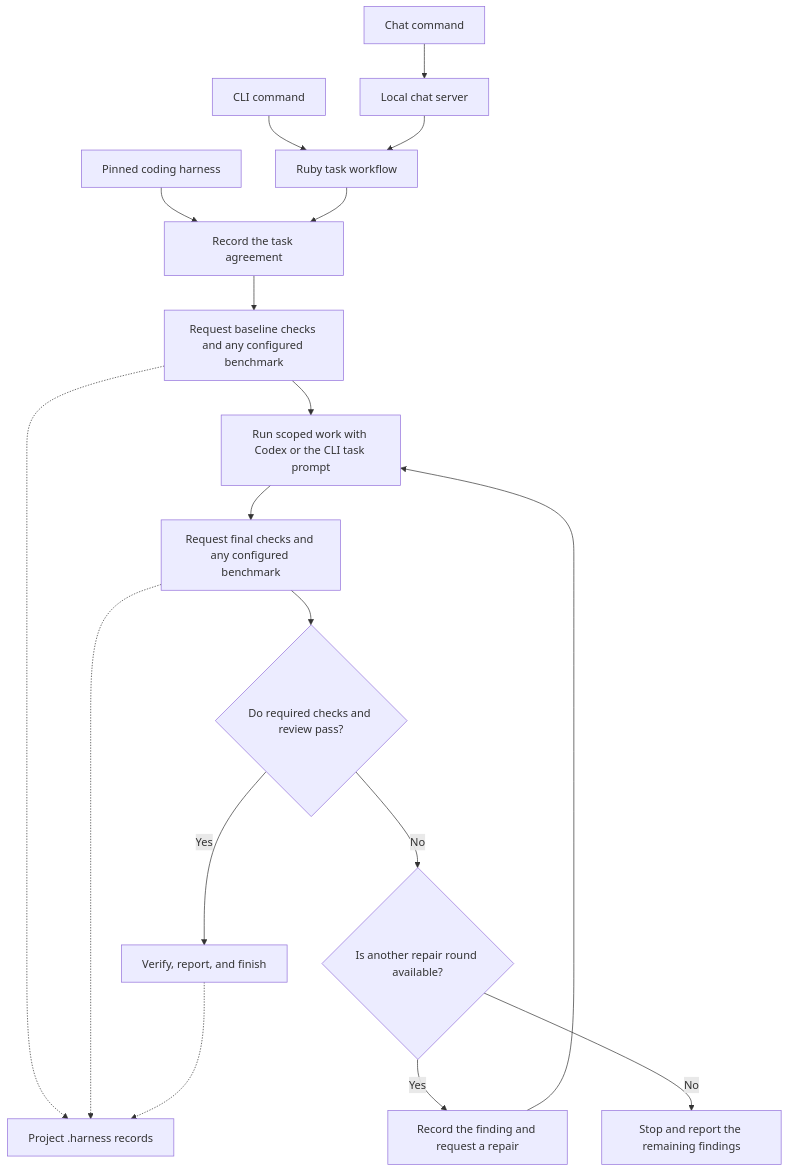
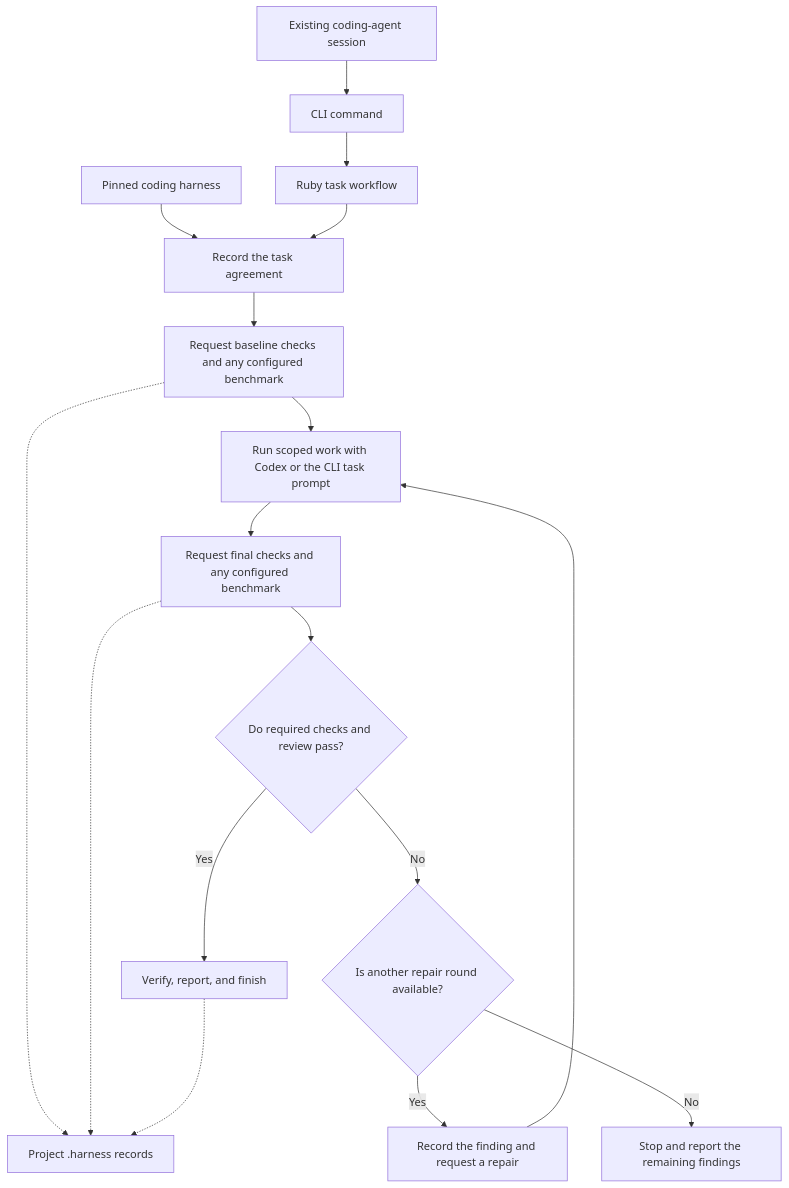
One commit to joshrice171723-creator/workbench changed the diagram in README.md. Above: the diagram before and after it, drawn with Mermaid. The commit also changed other lines of this file and 2 other files, not shown here.

Commit message:
Keep the front page focused on CLI and existing agent sessions

````diff
--- a/README.md
+++ b/README.md
@@ -12,20 +12,19 @@
 ```mermaid
 flowchart TD
     CLI["CLI command"] --> Workflow["Ruby task workflow"]
-    Chat["Chat command"] --> Server["Local chat server"]
-    Server --> Workflow
+    Chat["Existing coding-agent session"] --> CLI
     Engine["Pinned coding harness"] --> Agreement["Record the task agreement"]
     Workflow --> Agreement
     Agreement --> Baseline["Request baseline checks and any configured benchmark"]
     Baseline --> Work["Run scoped work with Codex or the CLI task prompt"]
     Work --> Final["Request final checks and any configured benchmark"]
     Final --> Review{"Do required checks and review pass?"}
     Review -->|Yes| Finish["Verify, report, and finish"]
     Review -->|No| Limit{"Is another repair round available?"}
     Limit -->|Yes| Repair["Record the finding and request a repair"]
     Repair --> Work
     Limit -->|No| Stop["Stop and report the remaining findings"]
     Baseline -.-> Records["Project .harness records"]
     Final -.-> Records
     Finish -.-> Records
 ```
````
